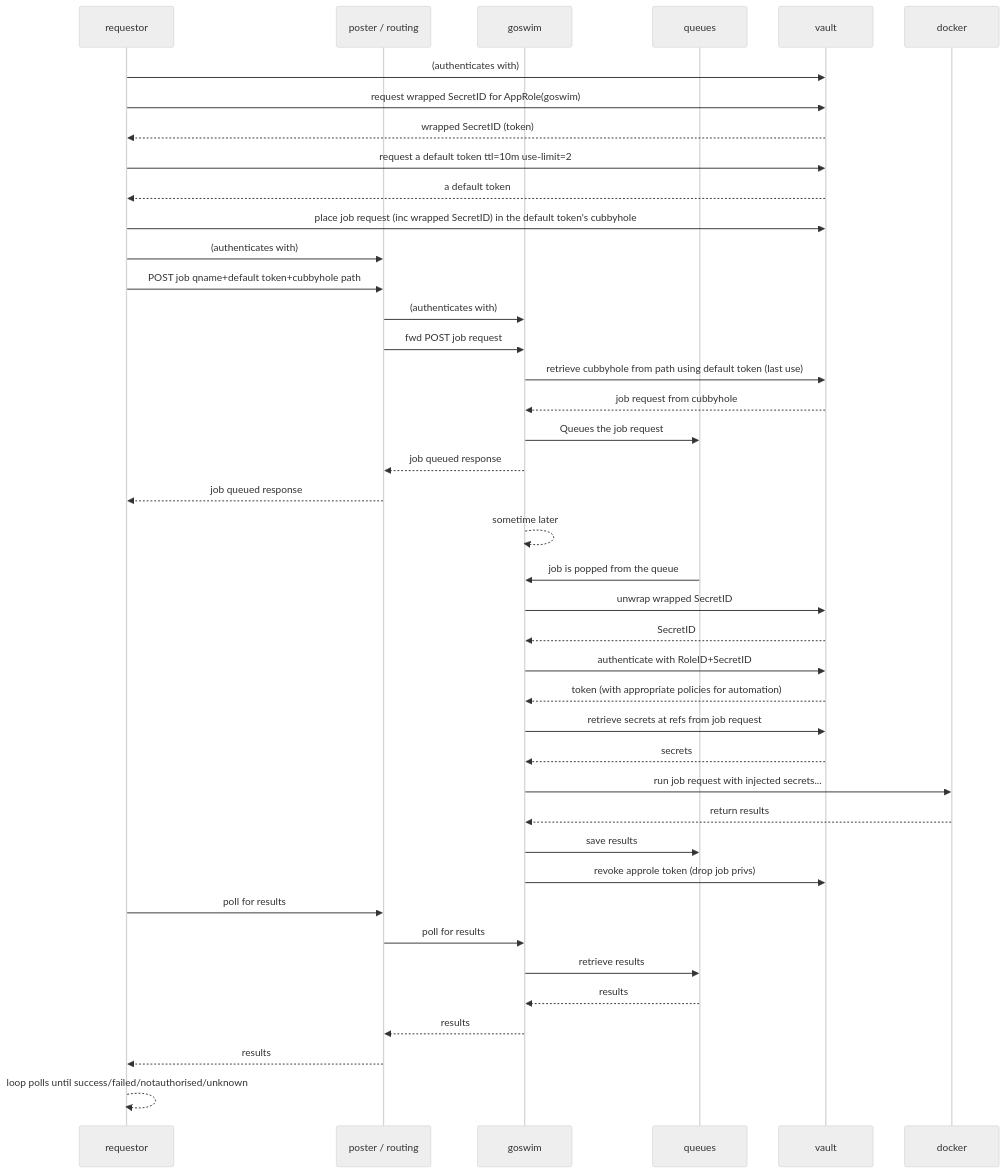
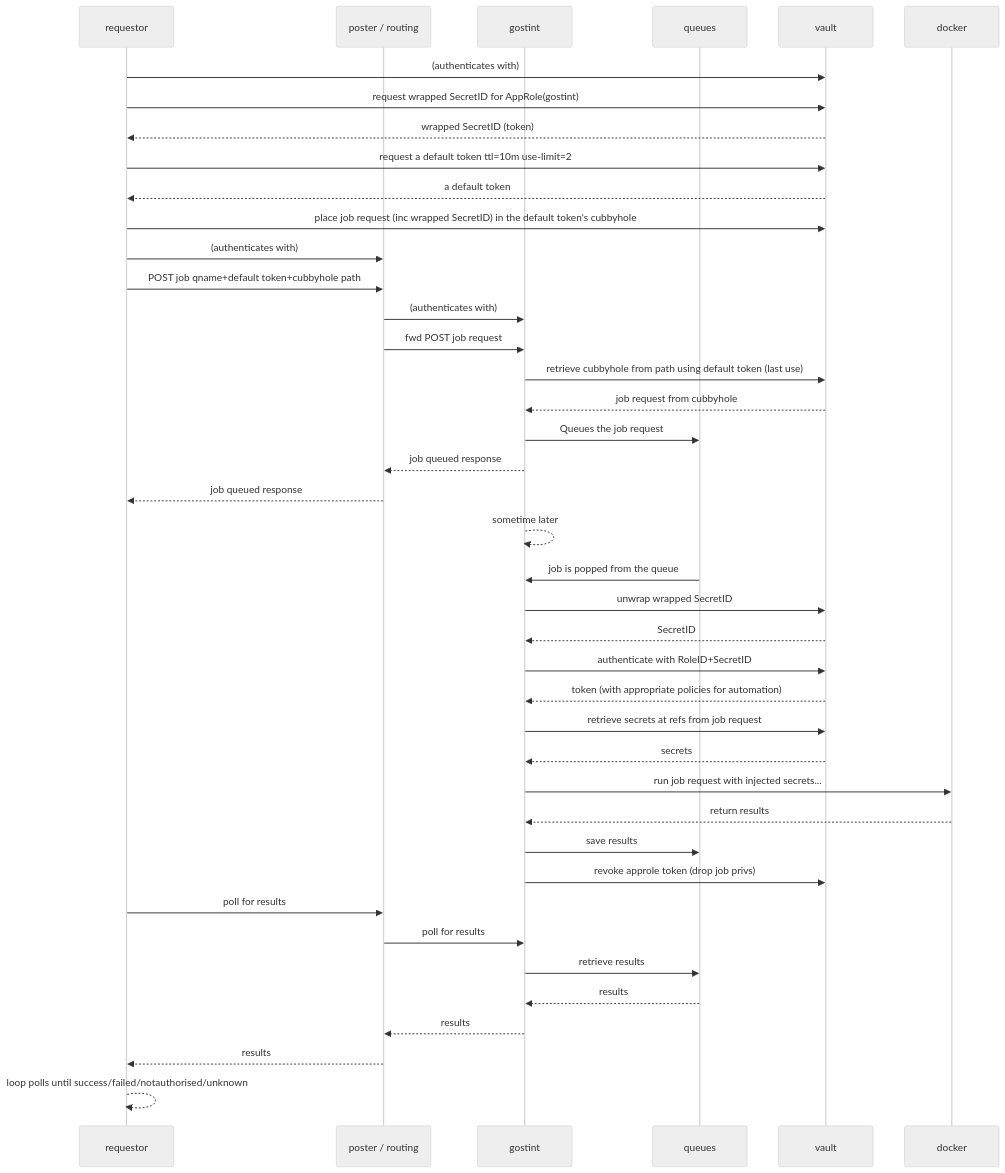
Before and after one commit to goethite/gostint: the fourth of 6 diagrams in docs/jobsequence.md, drawn with Mermaid (neutral theme). The commit also changed other lines of this file and 44 other files, not shown here.

````diff
--- a/docs/jobsequence.md
+++ b/docs/jobsequence.md
@@ -181,65 +181,65 @@
 ```mermaid
 sequenceDiagram
   participant requestor
   participant poster as poster / routing
   %% participant o as orchestrator e.g. kubernetes
-  participant goswim
+  participant gostint
   participant queues
   participant vault
   participant docker
 
   %% build job to submit
   requestor->>vault: (authenticates with)
-  requestor->>vault: request wrapped SecretID for AppRole(goswim)
+  requestor->>vault: request wrapped SecretID for AppRole(gostint)
   vault-->>requestor: wrapped SecretID (token)
   requestor->>vault: request a default token ttl=10m use-limit=2
   vault-->>requestor: a default token
   requestor->>vault: place job request (inc wrapped SecretID) in the default token's cubbyhole
 
   %% request job to be posted/routing
   requestor->>poster: (authenticates with)
   requestor->>poster: POST job qname+default token+cubbyhole path
 
   %% problem at this point is that the poster could intercept the request,
   %% use the default token to get the cubbyhole'd job request and also get the
   %% SecretID from the wrapped token.  However both the default token and the
   %% SecretID wrapping token can nolonger be used - this state can be detected
   %% and alerted as a MITM attack.
 
-  poster->>goswim: (authenticates with)
-  poster->>goswim: fwd POST job request
+  poster->>gostint: (authenticates with)
+  poster->>gostint: fwd POST job request
 
   %% extract job from cubbyhole
-  goswim->>vault: retrieve cubbyhole from path using default token (last use)
-  vault-->>goswim: job request from cubbyhole
+  gostint->>vault: retrieve cubbyhole from path using default token (last use)
+  vault-->>gostint: job request from cubbyhole
 
-  goswim->>queues: Queues the job request
-  goswim-->>poster: job queued response
+  gostint->>queues: Queues the job request
+  gostint-->>poster: job queued response
   poster-->>requestor: job queued response
 
-  goswim-->>goswim: sometime later
+  gostint-->>gostint: sometime later
 
-  queues->>goswim: job is popped from the queue
-  goswim->>vault: unwrap wrapped SecretID
-  vault-->>goswim: SecretID
-  goswim->>vault: authenticate with RoleID+SecretID
-  vault-->>goswim: token (with appropriate policies for automation)
-  %% this token is used by goswim going fwd and passed to running job
-  goswim->>vault: retrieve secrets at refs from job request
-  vault-->>goswim: secrets
+  queues->>gostint: job is popped from the queue
+  gostint->>vault: unwrap wrapped SecretID
+  vault-->>gostint: SecretID
+  gostint->>vault: authenticate with RoleID+SecretID
+  vault-->>gostint: token (with appropriate policies for automation)
+  %% this token is used by gostint going fwd and passed to running job
+  gostint->>vault: retrieve secrets at refs from job request
+  vault-->>gostint: secrets
 
-  goswim->>docker: run job request with injected secrets...
-  docker-->>goswim: return results
-  goswim->>queues: save results
-  goswim->>vault: revoke approle token (drop job privs)
+  gostint->>docker: run job request with injected secrets...
+  docker-->>gostint: return results
+  gostint->>queues: save results
+  gostint->>vault: revoke approle token (drop job privs)
 
   requestor->>poster: poll for results
-  poster->>goswim: poll for results
-  goswim->> queues: retrieve results
-  queues-->>goswim: results
-  goswim-->>poster: results
+  poster->>gostint: poll for results
+  gostint->> queues: retrieve results
+  queues-->>gostint: results
+  gostint-->>poster: results
   poster-->>requestor: results
 
   requestor-->>requestor: loop polls until success/failed/notauthorised/unknown
 
 ```
````
